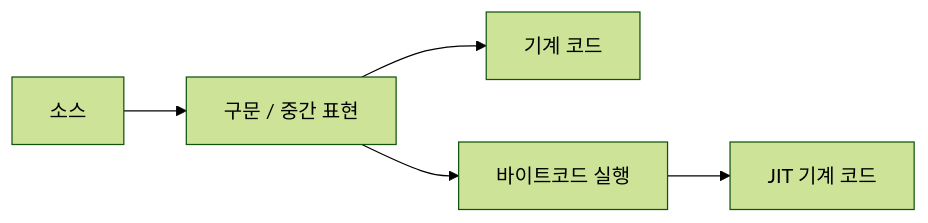
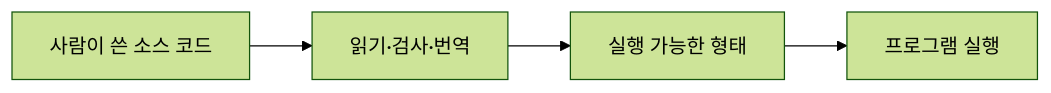
The diagram in content/topics/compiler-interpreter.md (moocongpapa/it-study), drawn with Mermaid (forest theme) before and after one commit. The commit also changed other lines of this file and 71 other files, not shown here.

````diff
--- a/content/topics/compiler-interpreter.md
+++ b/content/topics/compiler-interpreter.md
@@ -6,7 +20,4 @@
 ```mermaid
 flowchart LR
-  A["소스"] --> B["구문 / 중간 표현"]
-  B --> C["기계 코드"]
-  B --> D["바이트코드 실행"]
-  D --> E["JIT 기계 코드"]
+ A["사람이 쓴 소스 코드"] --> B["읽기·검사·번역"] --> C["실행 가능한 형태"] --> D["프로그램 실행"]
 ```
````
